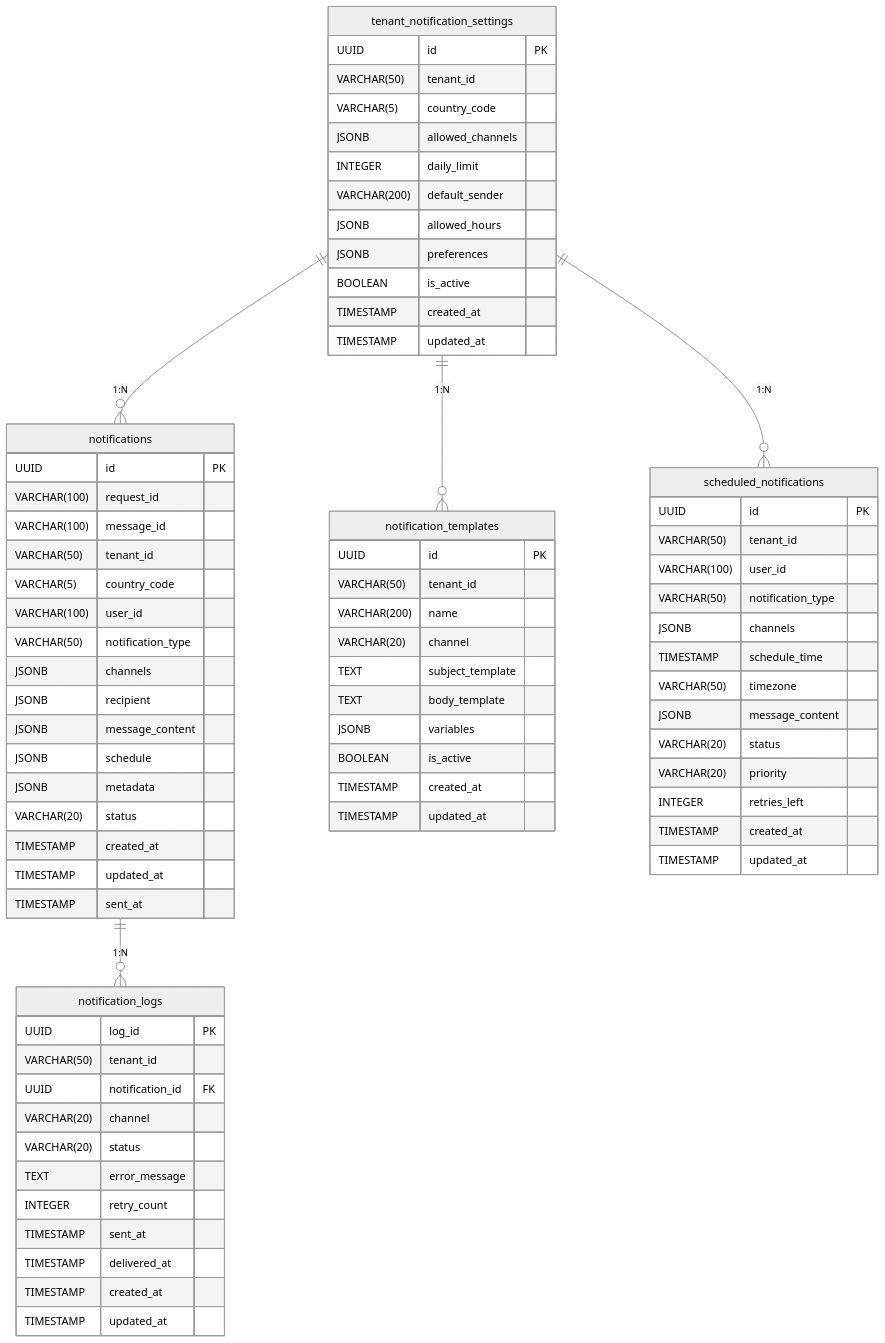
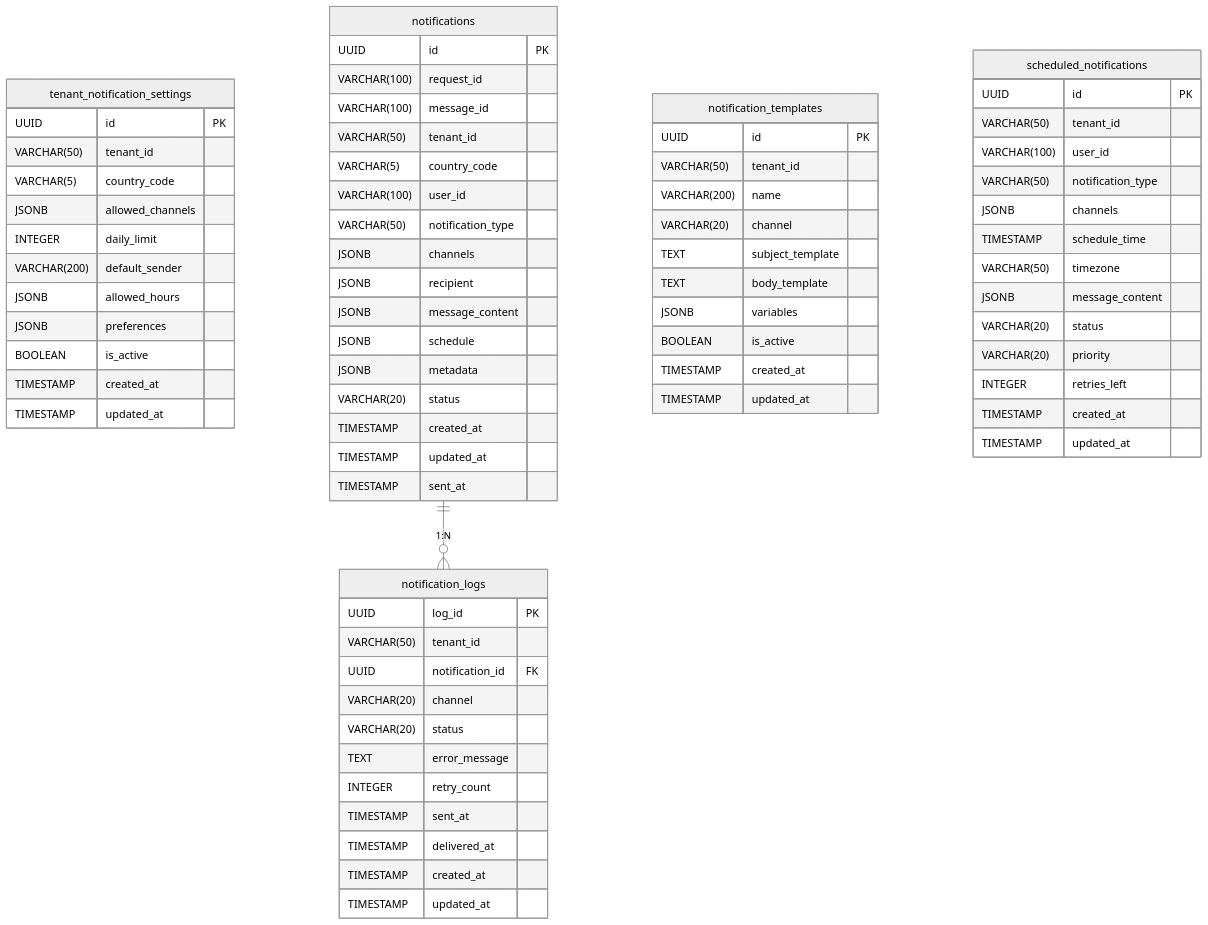
One commit to jclemente-tlm/tlm-doc-architecture changed the diagram in docs/servicios-corporativos/servicio-notificacion/05-vista-bloques-construccion.md. Above: the diagram before and after it, drawn with Mermaid (neutral theme). The commit also changed other lines of this file and 59 other files, not shown here.

````diff
--- a/docs/servicios-corporativos/servicio-notificacion/05-vista-bloques-construccion.md
+++ b/docs/servicios-corporativos/servicio-notificacion/05-vista-bloques-construccion.md
@@ -119,79 +119,78 @@
 ```mermaid
 erDiagram
     tenant_notification_settings {
         UUID id PK
         VARCHAR(50) tenant_id
         VARCHAR(5) country_code
         JSONB allowed_channels
         INTEGER daily_limit
         VARCHAR(200) default_sender
         JSONB allowed_hours
         JSONB preferences
         BOOLEAN is_active
         TIMESTAMP created_at
         TIMESTAMP updated_at
     }
     notifications {
         UUID id PK
         VARCHAR(100) request_id
         VARCHAR(100) message_id
         VARCHAR(50) tenant_id
         VARCHAR(5) country_code
         VARCHAR(100) user_id
         VARCHAR(50) notification_type
         JSONB channels
         JSONB recipient
         JSONB message_content
         JSONB schedule
         JSONB metadata
         VARCHAR(20) status
         TIMESTAMP created_at
         TIMESTAMP updated_at
         TIMESTAMP sent_at
     }
     notification_logs {
         UUID log_id PK
         VARCHAR(50) tenant_id
         UUID notification_id FK
         VARCHAR(20) channel
         VARCHAR(20) status
         TEXT error_message
         INTEGER retry_count
         TIMESTAMP sent_at
         TIMESTAMP delivered_at
         TIMESTAMP created_at
         TIMESTAMP updated_at
     }
     notification_templates {
         UUID id PK
         VARCHAR(50) tenant_id
         VARCHAR(200) name
         VARCHAR(20) channel
         TEXT subject_template
         TEXT body_template
         JSONB variables
         BOOLEAN is_active
         TIMESTAMP created_at
         TIMESTAMP updated_at
     }
     scheduled_notifications {
         UUID id PK
         VARCHAR(50) tenant_id
         VARCHAR(100) user_id
         VARCHAR(50) notification_type
         JSONB channels
         TIMESTAMP schedule_time
         VARCHAR(50) timezone
         JSONB message_content
         VARCHAR(20) status
         VARCHAR(20) priority
         INTEGER retries_left
         TIMESTAMP created_at
         TIMESTAMP updated_at
     }
 
-    tenant_notification_settings ||--o{ notifications : "1:N"
+
     notifications ||--o{ notification_logs : "1:N"
-    tenant_notification_settings ||--o{ notification_templates : "1:N"
-    tenant_notification_settings ||--o{ scheduled_notifications : "1:N"
+
 ```
````
